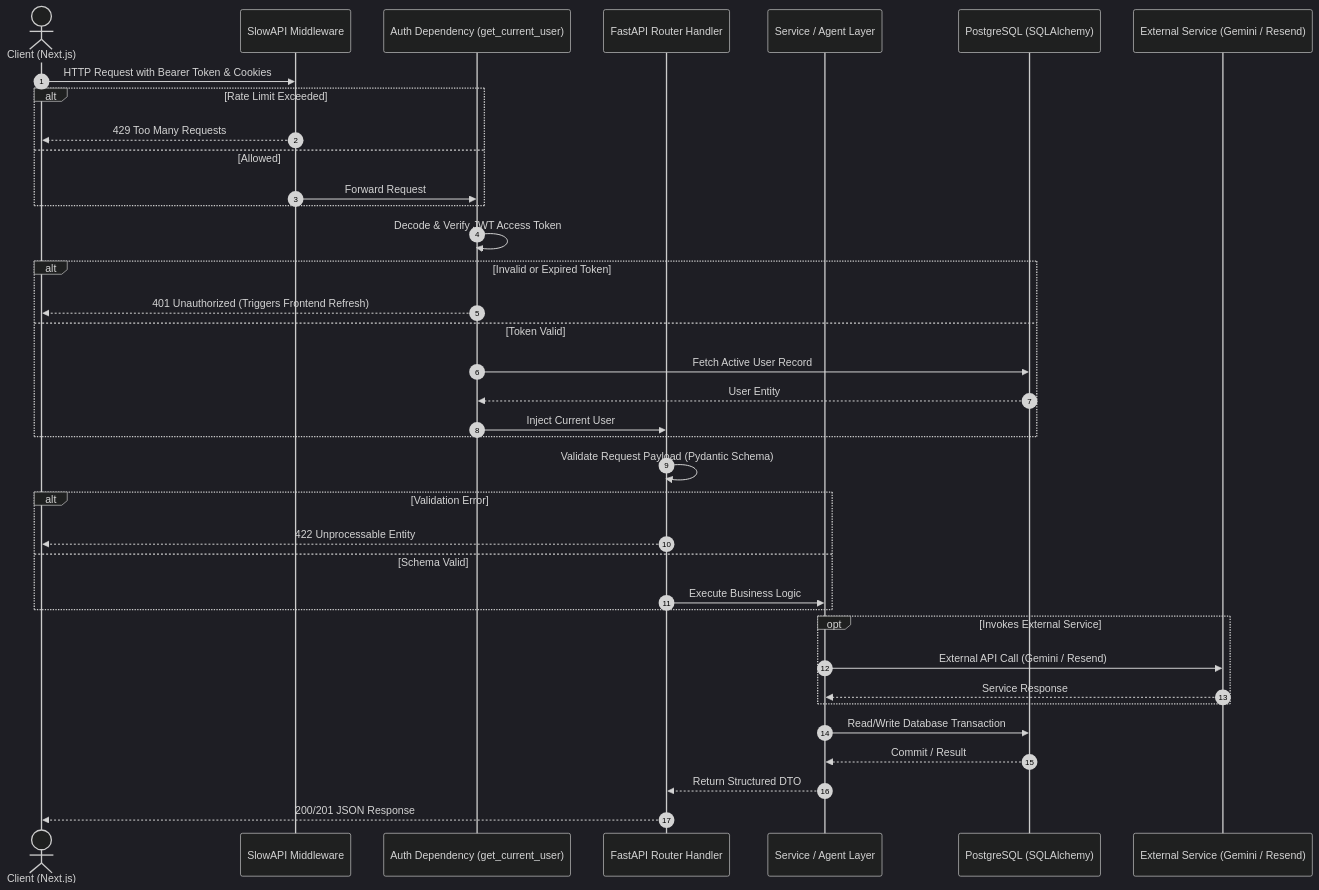
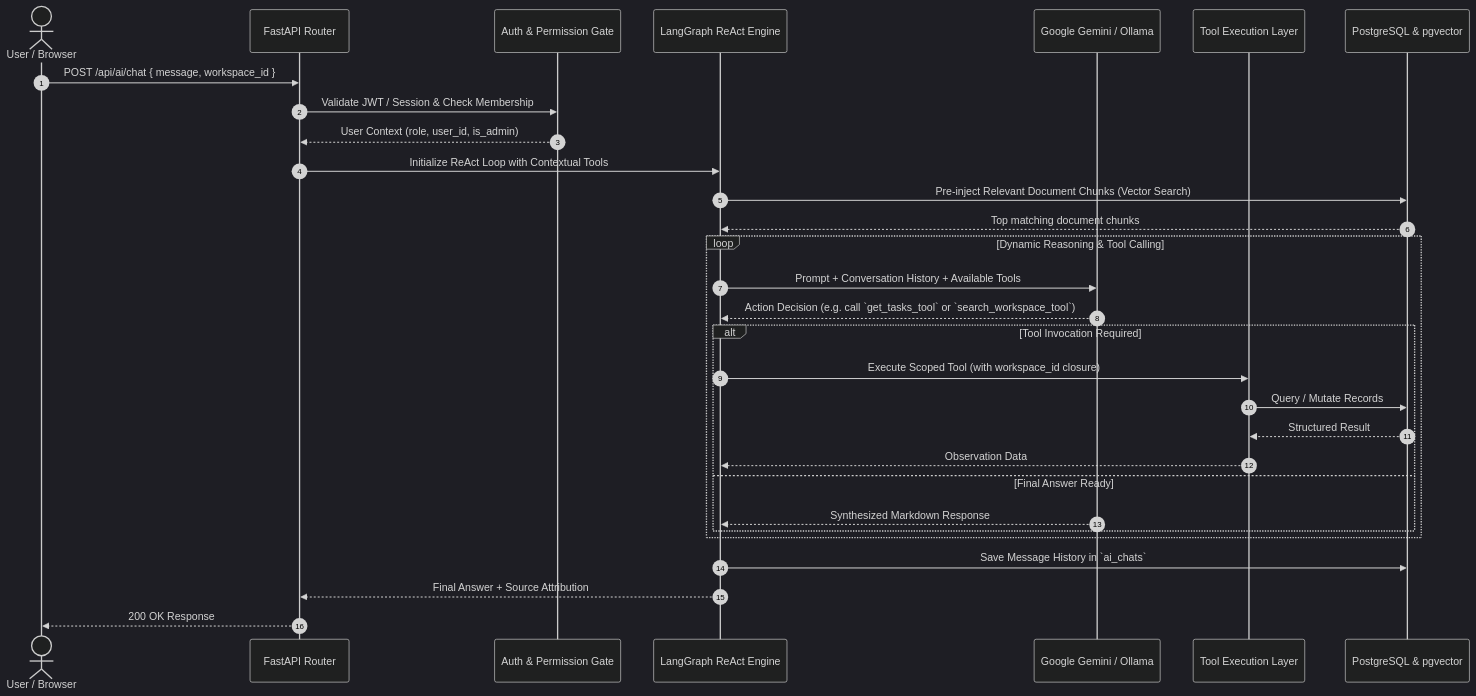
Before and after one commit to avadhesh11/Design-Project: the second of 4 diagrams in README.md, drawn with Mermaid (dark theme). The commit also changed other lines of this file and 1 other file, not shown here.

````diff
--- a/README.md
+++ b/README.md
@@ -157,44 +181,36 @@
 ```mermaid
 sequenceDiagram
     autonumber
-    actor User as Client (Next.js)
-    participant RateLimit as SlowAPI Middleware
-    participant Auth as Auth Dependency (get_current_user)
-    participant Route as FastAPI Router Handler
-    participant Service as Service / Agent Layer
-    participant DB as PostgreSQL (SQLAlchemy)
-    participant Ext as External Service (Gemini / Resend)
+    actor User as User / Browser
+    participant API as FastAPI Router
+    participant Auth as Auth & Permission Gate
+    participant Agent as LangGraph ReAct Engine
+    participant LLM as Google Gemini / Ollama
+    participant Tools as Tool Execution Layer
+    participant DB as PostgreSQL & pgvector
 
-    User->>RateLimit: HTTP Request with Bearer Token & Cookies
-    alt Rate Limit Exceeded
-        RateLimit-->>User: 429 Too Many Requests
-    else Allowed
-        RateLimit->>Auth: Forward Request
+    User->>API: POST /api/ai/chat { message, workspace_id }
+    API->>Auth: Validate JWT / Session & Check Membership
+    Auth-->>API: User Context (role, user_id, is_admin)
+    
+    API->>Agent: Initialize ReAct Loop with Contextual Tools
+    Agent->>DB: Pre-inject Relevant Document Chunks (Vector Search)
+    DB-->>Agent: Top matching document chunks
+    
+    loop Dynamic Reasoning & Tool Calling
+        Agent->>LLM: Prompt + Conversation History + Available Tools
+        LLM-->>Agent: Action Decision (e.g. call `get_tasks_tool` or `search_workspace_tool`)
+        alt Tool Invocation Required
+            Agent->>Tools: Execute Scoped Tool (with workspace_id closure)
+            Tools->>DB: Query / Mutate Records
+            DB-->>Tools: Structured Result
+            Tools-->>Agent: Observation Data
+        else Final Answer Ready
+            LLM-->>Agent: Synthesized Markdown Response
+        end
     end
 
-    Auth->>Auth: Decode & Verify JWT Access Token
-    alt Invalid or Expired Token
-        Auth-->>User: 401 Unauthorized (Triggers Frontend Refresh)
-    else Token Valid
-        Auth->>DB: Fetch Active User Record
-        DB-->>Auth: User Entity
-        Auth->>Route: Inject Current User
-    end
-
-    Route->>Route: Validate Request Payload (Pydantic Schema)
-    alt Validation Error
-        Route-->>User: 422 Unprocessable Entity
-    else Schema Valid
-        Route->>Service: Execute Business Logic
-    end
-
-    opt Invokes External Service
-        Service->>Ext: External API Call (Gemini / Resend)
-        Ext-->>Service: Service Response
-    end
-
-    Service->>DB: Read/Write Database Transaction
-    DB-->>Service: Commit / Result
-    Service-->>Route: Return Structured DTO
-    Route-->>User: 200/201 JSON Response
+    Agent->>DB: Save Message History in `ai_chats`
+    Agent-->>API: Final Answer + Source Attribution
+    API-->>User: 200 OK Response
 ```
````
